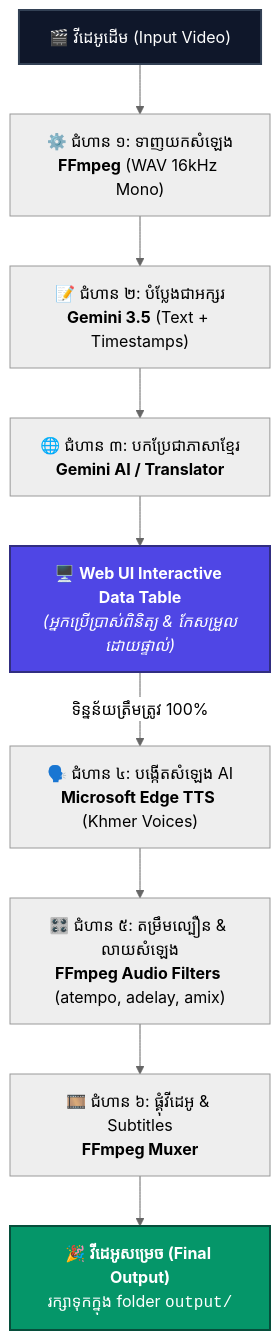
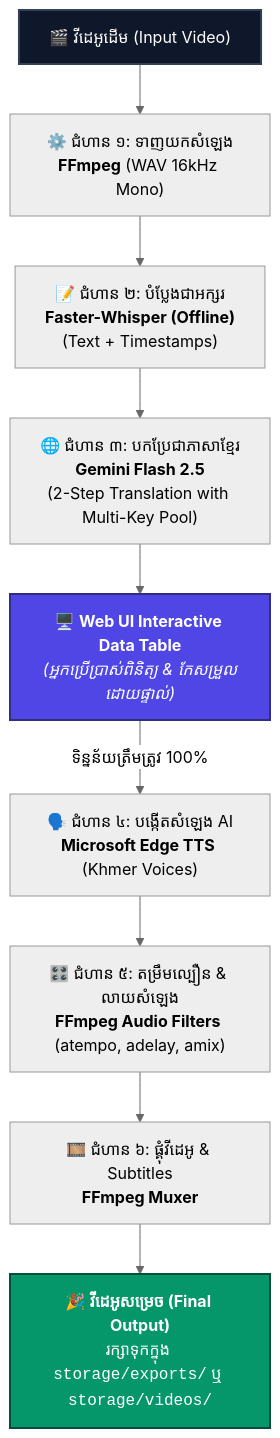
Before and after one commit to PANHA006/Dubber-Project: the diagram in PIPELINE_FLOW.md, drawn with Mermaid (neutral theme). The commit also changed other lines of this file and 5 other files, not shown here.

````diff
--- a/PIPELINE_FLOW.md
+++ b/PIPELINE_FLOW.md
@@ -9,16 +9,16 @@
 ```mermaid
 flowchart TD
     A["🎬 វីដេអូដើម (Input Video)"] --> B["⚙️ ជំហាន ១: ទាញយកសំឡេង<br/><b>FFmpeg</b> (WAV 16kHz Mono)"]
-    B --> C["📝 ជំហាន ២: បំប្លែងជាអក្សរ<br/><b>Gemini 3.5</b> (Text + Timestamps)"]
-    C --> D["🌐 ជំហាន ៣: បកប្រែជាភាសាខ្មែរ<br/><b>Gemini AI / Translator</b>"]
+    B --> C["📝 ជំហាន ២: បំប្លែងជាអក្សរ<br/><b>Faster-Whisper (Offline)</b><br/>(Text + Timestamps)"]
+    C --> D["🌐 ជំហាន ៣: បកប្រែជាភាសាខ្មែរ<br/><b>Gemini Flash 2.5</b><br/>(2-Step Translation with Multi-Key Pool)"]
     D --> E["🖥️ <b>Web UI Interactive Data Table</b><br/><i>(អ្នកប្រើប្រាស់ពិនិត្យ & កែសម្រួលដោយផ្ទាល់)</i>"]
     
     E -->|ទិន្នន័យត្រឹមត្រូវ 100%| F["🗣️ ជំហាន ៤: បង្កើតសំឡេង AI<br/><b>Microsoft Edge TTS</b> (Khmer Voices)"]
     F --> G["🎛️ ជំហាន ៥: តម្រឹមល្បឿន & លាយសំឡេង<br/><b>FFmpeg Audio Filters</b> (atempo, adelay, amix)"]
     G --> H["🎞️ ជំហាន ៦: ផ្គុំវីដេអូ & Subtitles<br/><b>FFmpeg Muxer</b>"]
-    H --> I["🎉 <b>វីដេអូសម្រេច (Final Output)</b><br/>រក្សាទុកក្នុង folder <code>output/</code>"]
+    H --> I["🎉 <b>វីដេអូសម្រេច (Final Output)</b><br/>រក្សាទុកក្នុង <code>storage/exports/</code> ឬ <code>storage/videos/</code>"]
 
     style E fill:#4f46e5,stroke:#312e81,stroke-width:2px,color:#fff
     style I fill:#059669,stroke:#064e3b,stroke-width:2px,color:#fff
     style A fill:#0f172a,stroke:#334155,stroke-width:2px,color:#fff
 ```
````
